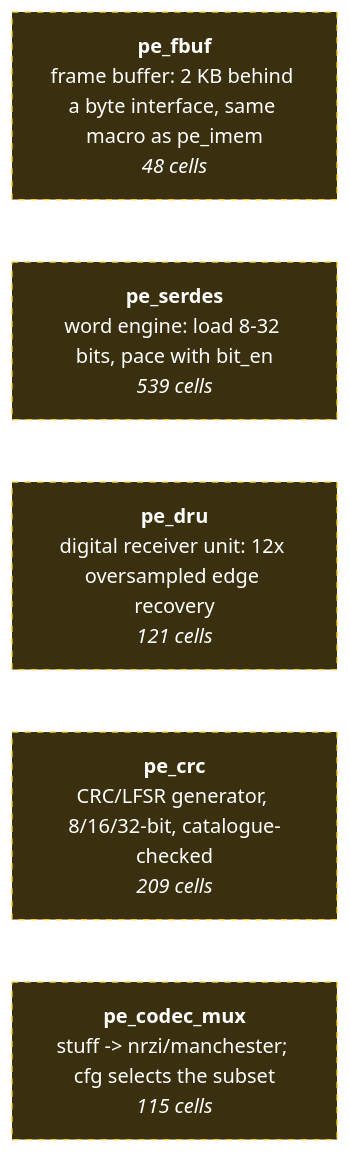
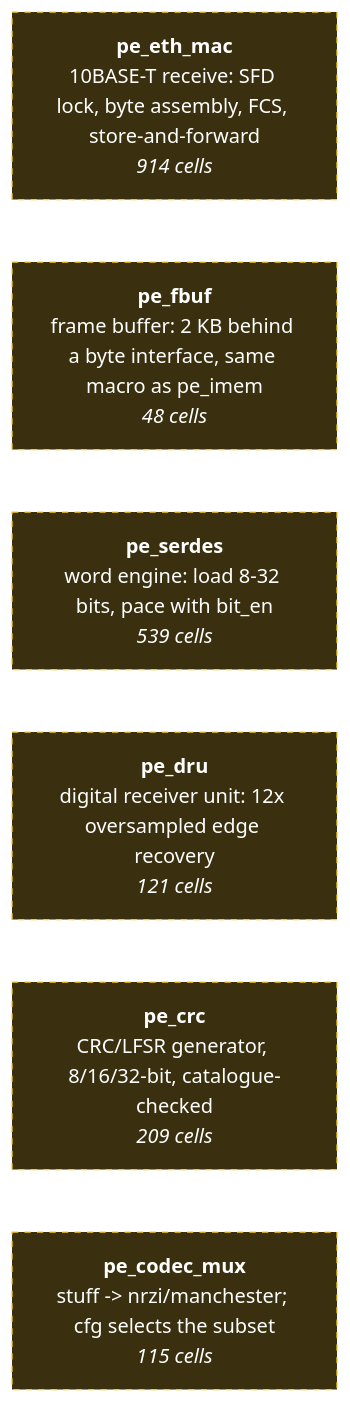
One commit to smprather/janestreet-blog-serial-protocol-emulator changed the second of 2 diagrams in wiki/reference/block-diagram.md. Above: the diagram before and after it, drawn with Mermaid. The commit also changed other lines of this file and 9 other files, not shown here.

````diff
--- a/wiki/reference/block-diagram.md
+++ b/wiki/reference/block-diagram.md
@@ -65,10 +65,11 @@
 ```mermaid
 flowchart LR
+    pe_eth_mac["<b>pe_eth_mac</b><br/>10BASE-T receive: SFD lock, byte assembly, FCS, store-and-forward<br/><i>914 cells</i>"]
     pe_fbuf["<b>pe_fbuf</b><br/>frame buffer: 2 KB behind a byte interface, same macro as pe_imem<br/><i>48 cells</i>"]
     pe_serdes["<b>pe_serdes</b><br/>word engine: load 8-32 bits, pace with bit_en<br/><i>539 cells</i>"]
     pe_dru["<b>pe_dru</b><br/>digital receiver unit: 12x oversampled edge recovery<br/><i>121 cells</i>"]
     pe_crc["<b>pe_crc</b><br/>CRC/LFSR generator, 8/16/32-bit, catalogue-checked<br/><i>209 cells</i>"]
     pe_codec_mux["<b>pe_codec_mux</b><br/>stuff -> nrzi/manchester; cfg selects the subset<br/><i>115 cells</i>"]
     classDef orphan fill:#3a2f0f,stroke:#facc15,color:#fff,stroke-dasharray: 5 5
-    class pe_fbuf,pe_serdes,pe_dru,pe_crc,pe_codec_mux orphan
+    class pe_eth_mac,pe_fbuf,pe_serdes,pe_dru,pe_crc,pe_codec_mux orphan
 ```
````
